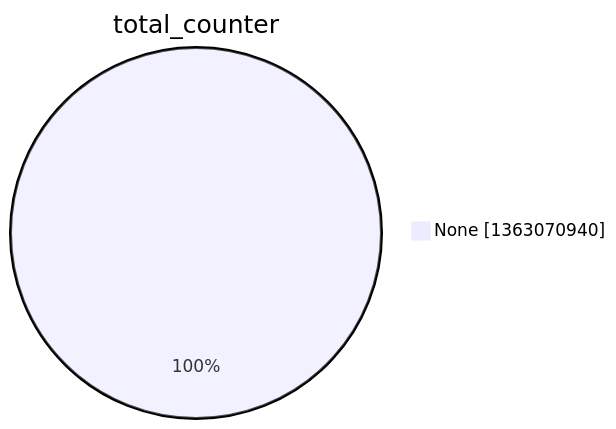
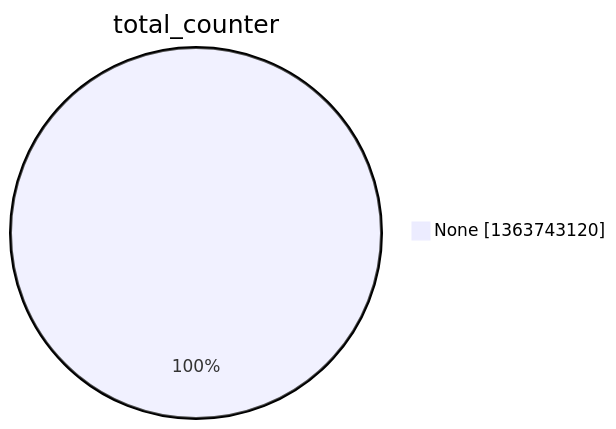
One commit to christiankrug/ctmonitor_visualization changed the second of 15 diagrams in argon2022/README.md. Above: the diagram before and after it, drawn with Mermaid. The commit also changed other lines of this file, not shown here.

````diff
--- a/argon2022/README.md
+++ b/argon2022/README.md
@@ -9,5 +9,5 @@
 ```mermaid
 pie showData
 title total_counter
-"None" :1363070940
+"None" :1363743120
 ```
````
